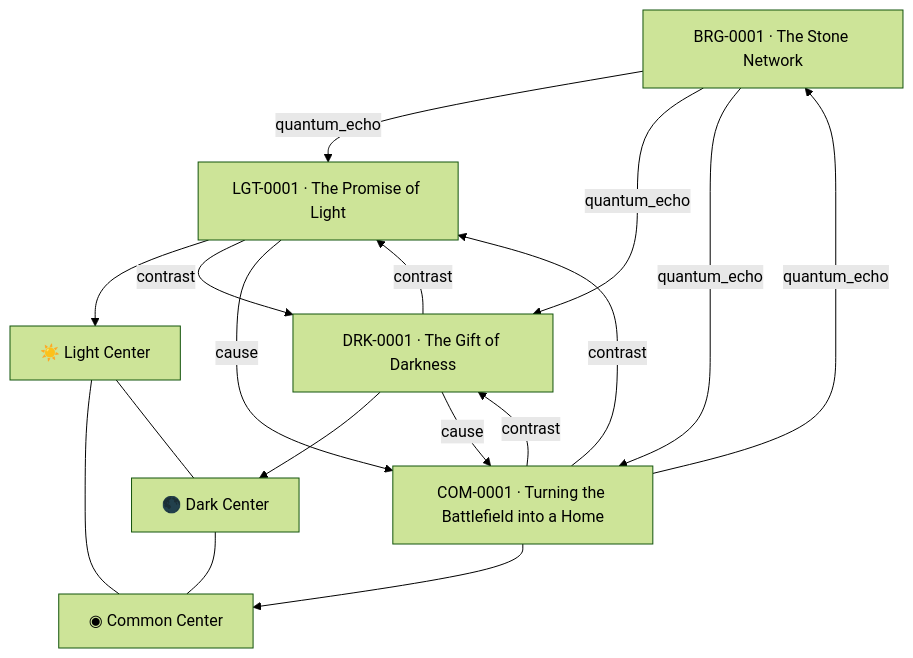
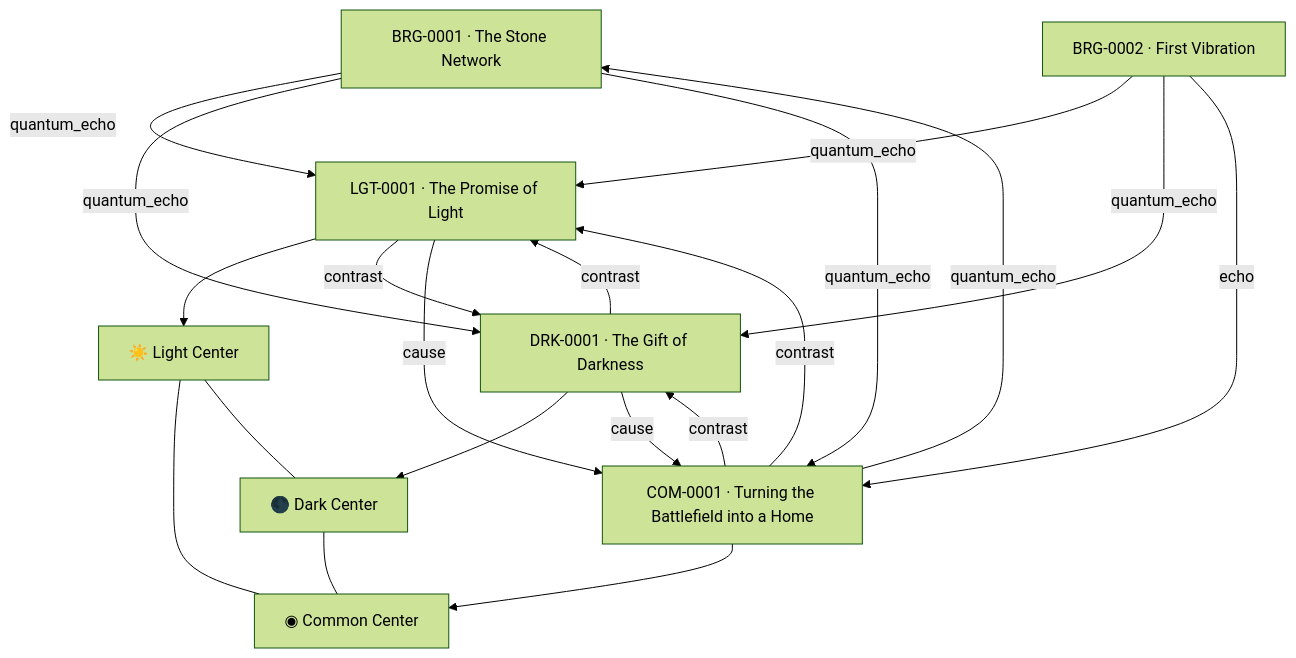
One commit to human-centered-computing/human-centered-universe changed the diagram in graph/universe.mmd. Above: the diagram before and after it, drawn with Mermaid (forest theme). The commit also changed 4 other files, not shown here.

Commit message:
Add BRG-0002 First Vibration canon story

```diff
--- a/graph/universe.mmd
+++ b/graph/universe.mmd
@@ -1,24 +1,35 @@
 graph TD
   LIGHT["☀️ Light Center"]
   DARK["🌑 Dark Center"]
   COMMON["◉ Common Center"]
   LIGHT --- COMMON
   DARK --- COMMON
   LIGHT --- DARK
+
   BRG_0001["BRG-0001 · The Stone Network"]
+  COM_0001["COM-0001 · Turning the Battlefield into a Home"]
+  DRK_0001["DRK-0001 · The Gift of Darkness"]
+  LGT_0001["LGT-0001 · The Promise of Light"]
+  BRG_0002["BRG-0002 · First Vibration"]
+
+  COM_0001 --> COMMON
+  DRK_0001 --> DARK
+  LGT_0001 --> LIGHT
+
   BRG_0001 -- "quantum_echo" --> LGT_0001
   BRG_0001 -- "quantum_echo" --> DRK_0001
   BRG_0001 -- "quantum_echo" --> COM_0001
-  COM_0001["COM-0001 · Turning the Battlefield into a Home"]
-  COM_0001 --> COMMON
+
   COM_0001 -- "contrast" --> LGT_0001
   COM_0001 -- "contrast" --> DRK_0001
   COM_0001 -- "quantum_echo" --> BRG_0001
-  DRK_0001["DRK-0001 · The Gift of Darkness"]
-  DRK_0001 --> DARK
+
   DRK_0001 -- "contrast" --> LGT_0001
   DRK_0001 -- "cause" --> COM_0001
-  LGT_0001["LGT-0001 · The Promise of Light"]
-  LGT_0001 --> LIGHT
+
   LGT_0001 -- "contrast" --> DRK_0001
   LGT_0001 -- "cause" --> COM_0001
+
+  BRG_0002 -- "quantum_echo" --> LGT_0001
+  BRG_0002 -- "quantum_echo" --> DRK_0001
+  BRG_0002 -- "echo" --> COM_0001
```
